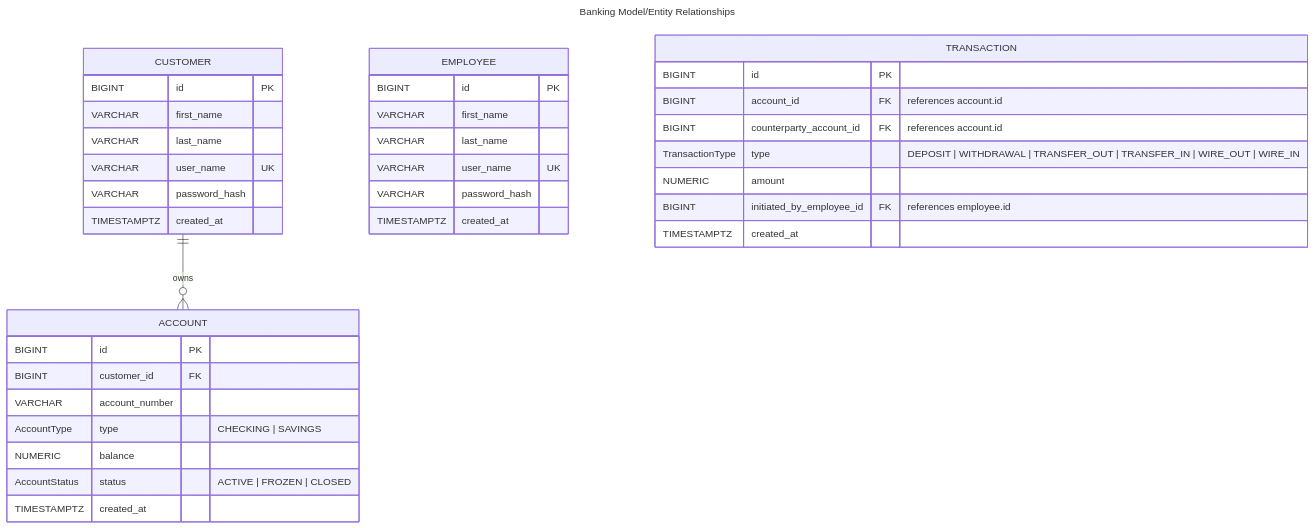
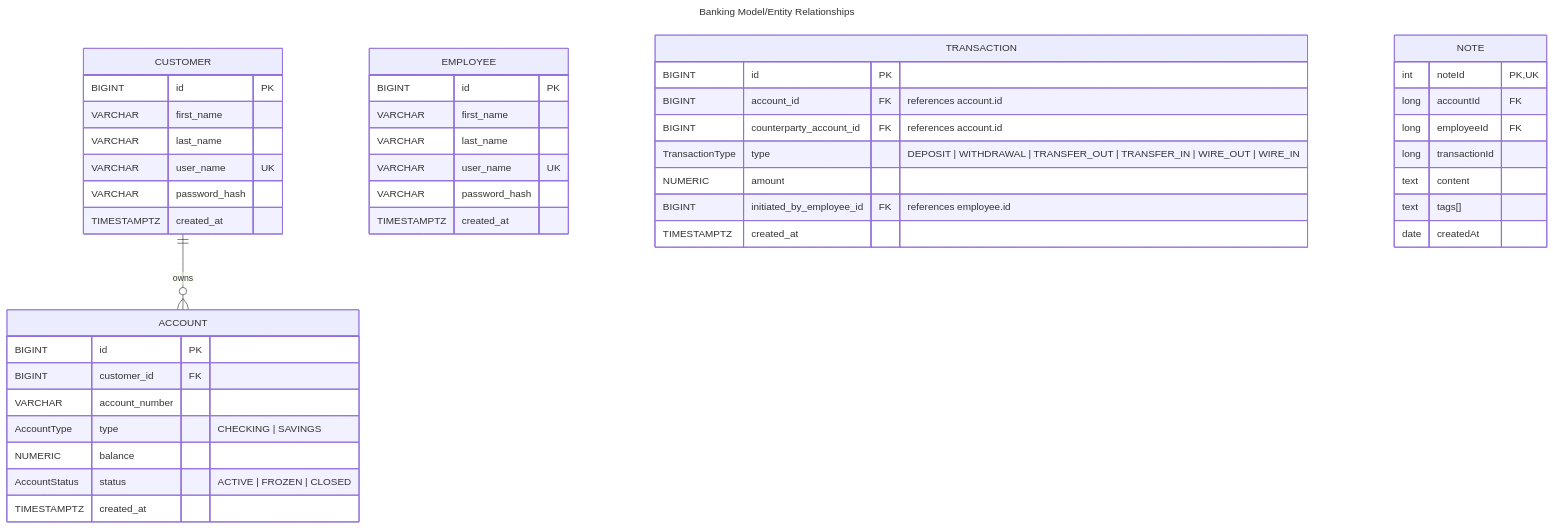
The diagram in ERD.md (schectma/P1BankingApp), drawn with Mermaid before and after one commit.

Commit message:
note added

````diff
--- a/ERD.md
+++ b/ERD.md
@@ -1,42 +1,51 @@
 ```mermaid
 ---
 title: Banking Model/Entity Relationships
 ---
 erDiagram
     CUSTOMER ||--o{ ACCOUNT : owns
 
     CUSTOMER{
         BIGINT id PK
         VARCHAR first_name
         VARCHAR last_name
         VARCHAR user_name UK
         VARCHAR password_hash 
         TIMESTAMPTZ created_at
     }
     ACCOUNT{
         BIGINT id PK
         BIGINT customer_id FK
         VARCHAR account_number
         AccountType type "CHECKING | SAVINGS"
         NUMERIC balance
         AccountStatus status "ACTIVE | FROZEN | CLOSED"
         TIMESTAMPTZ created_at
     }
     EMPLOYEE{
         BIGINT id PK
         VARCHAR first_name
         VARCHAR last_name
         VARCHAR user_name UK
         VARCHAR password_hash
         TIMESTAMPTZ created_at
     }
     TRANSACTION{
         BIGINT id PK
         BIGINT account_id FK "references account.id"
         BIGINT counterparty_account_id FK "references account.id"
         TransactionType type "DEPOSIT | WITHDRAWAL | TRANSFER_OUT | TRANSFER_IN | WIRE_OUT | WIRE_IN"
         NUMERIC amount
         BIGINT initiated_by_employee_id FK "references employee.id"
         TIMESTAMPTZ created_at
     }
+    NOTE{
+        int noteId PK,UK
+        long accountId FK
+        long employeeId FK
+        long transactionId
+        text content
+        text tags[]
+        date createdAt
+    }
 ```
````
